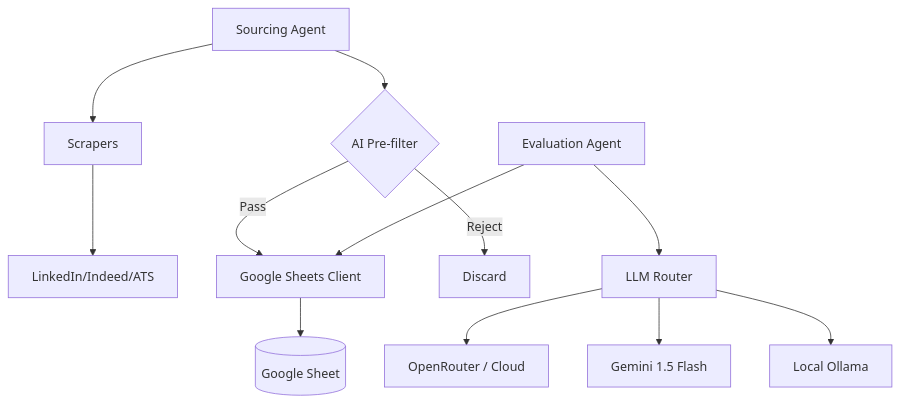
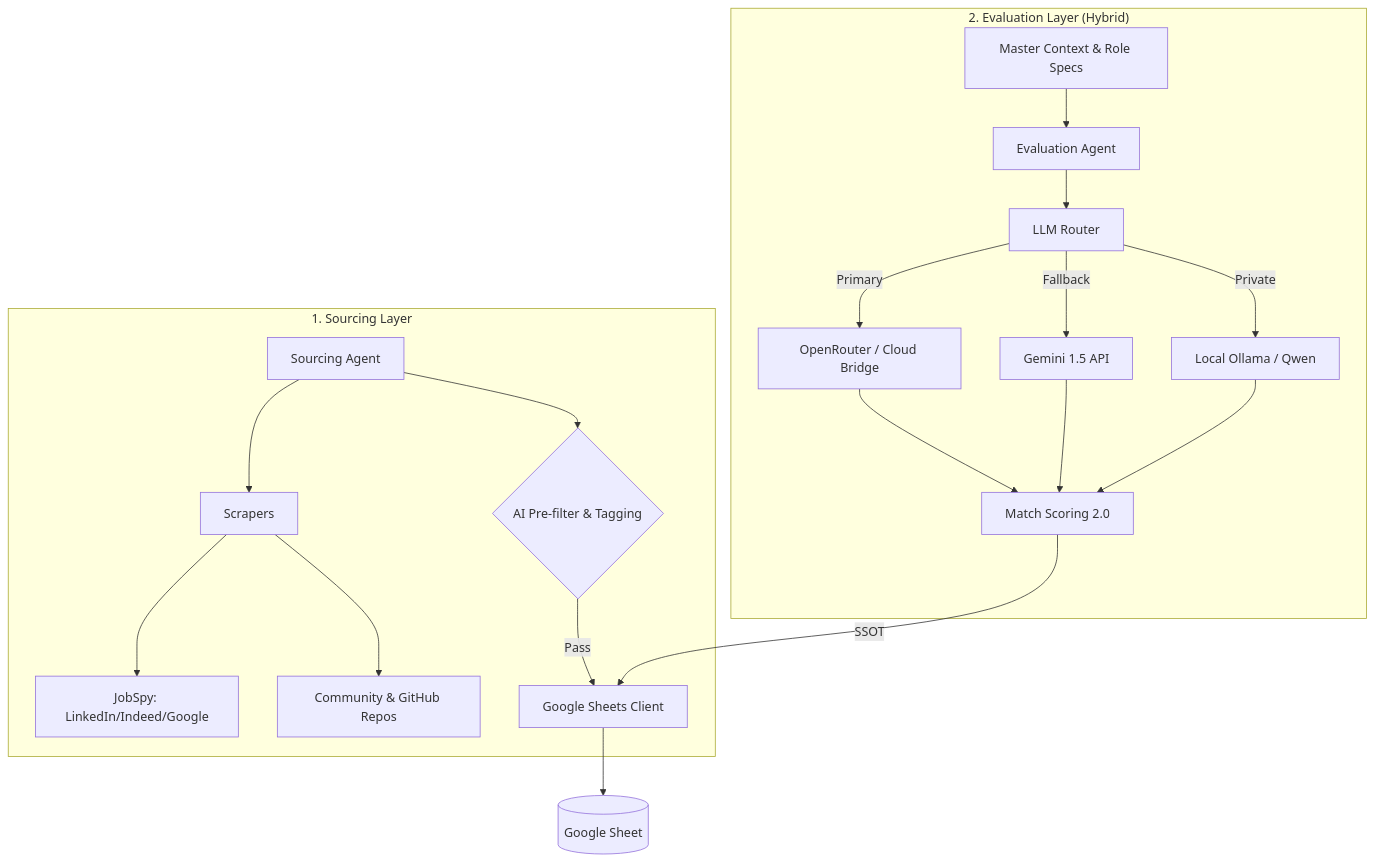
The diagram in README.md (nagarajaabhishek/jobs), drawn with Mermaid before and after one commit.

Commit message:
docs: refine architecture diagram to include Master Context and specific engines

````diff
--- a/README.md
+++ b/README.md
@@ -6,15 +6,24 @@
 ```mermaid
 graph TD
-    A[Sourcing Agent] --> B[Scrapers]
-    B --> C[LinkedIn/Indeed/ATS]
-    A --> D{AI Pre-filter}
-    D -- Pass --> E[Google Sheets Client]
-    D -- Reject --> F[Discard]
-    E --> G[(Google Sheet)]
-    
-    H[Evaluation Agent] --> I[LLM Router]
-    I --> J[OpenRouter / Cloud]
-    I --> K[Gemini 1.5 Flash]
-    I --> L[Local Ollama]
-    H --> E
+    subgraph Sourcing ["1. Sourcing Layer"]
+        A[Sourcing Agent] --> B[Scrapers]
+        B --> C[JobSpy: LinkedIn/Indeed/Google]
+        B --> D[Community & GitHub Repos]
+        A --> E{AI Pre-filter & Tagging}
+        E -- Pass --> F[Google Sheets Client]
+    end
+
+    subgraph Evaluation ["2. Evaluation Layer (Hybrid)"]
+        G[Evaluation Agent] --> H[LLM Router]
+        H -- Primary --> I[OpenRouter / Cloud Bridge]
+        H -- Fallback --> J[Gemini 1.5 API]
+        H -- Private --> K[Local Ollama / Qwen]
+        I --> L[Match Scoring 2.0]
+        J --> L
+        K --> L
+        M[Master Context & Role Specs] --> G
+    end
+
+    F --> N[(Google Sheet)]
+    L -- SSOT --> F
 ```
````
